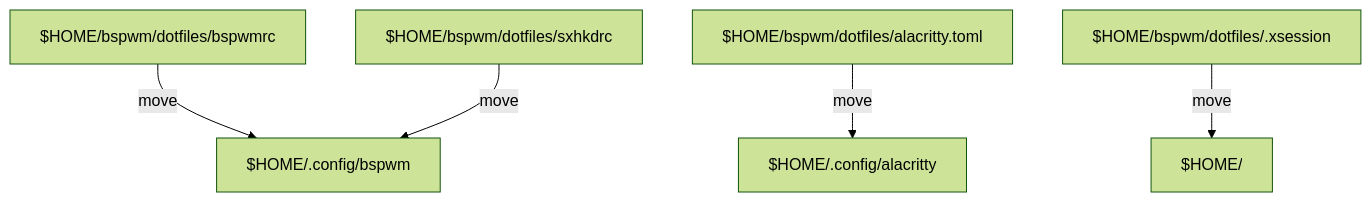
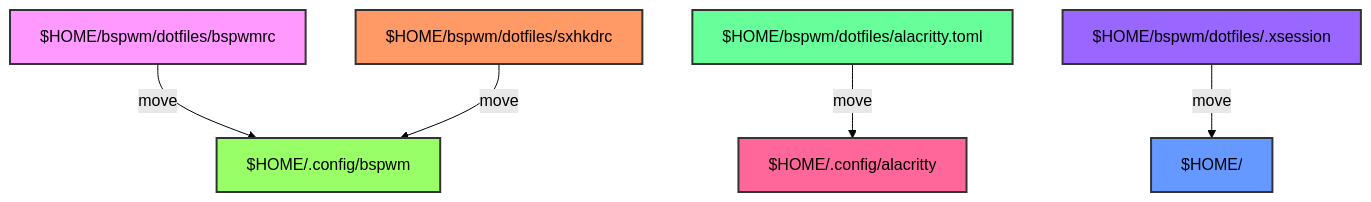
The diagram in README.md (driversline/dotfiles), drawn with Mermaid (forest theme) before and after one commit.

````diff
--- a/README.md
+++ b/README.md
@@ -9,7 +9,15 @@
 ```mermaid
 graph TD;
     bspwmrc["$HOME/bspwm/dotfiles/bspwmrc"] -->|move| bspwm_config["$HOME/.config/bspwm"]
     sxhkdrc["$HOME/bspwm/dotfiles/sxhkdrc"] -->|move| bspwm_config
     alacritty_toml["$HOME/bspwm/dotfiles/alacritty.toml"] -->|move| alacritty_config["$HOME/.config/alacritty"]
     xsession["$HOME/bspwm/dotfiles/.xsession"] -->|move| home["$HOME/"]
+
+    style bspwmrc fill:#f9f,stroke:#333,stroke-width:2px;
+    style sxhkdrc fill:#f96,stroke:#333,stroke-width:2px;
+    style alacritty_toml fill:#6f9,stroke:#333,stroke-width:2px;
+    style xsession fill:#96f,stroke:#333,stroke-width:2px;
+    style bspwm_config fill:#9f6,stroke:#333,stroke-width:2px;
+    style alacritty_config fill:#f69,stroke:#333,stroke-width:2px;
+    style home fill:#69f,stroke:#333,stroke-width:2px;
 ```
````
